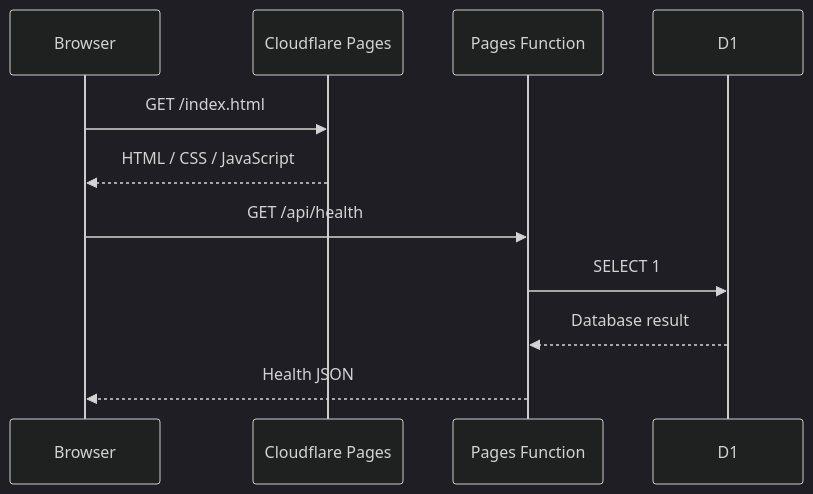
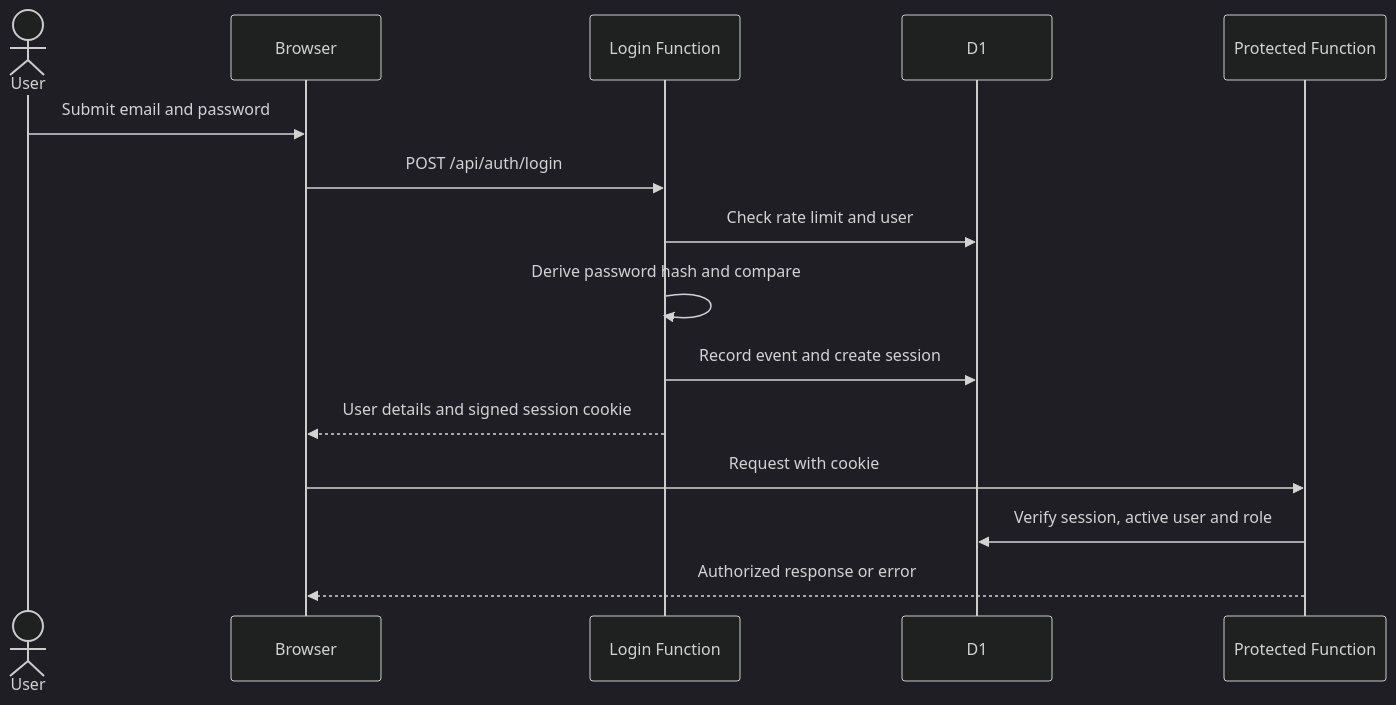
Before and after one commit to DevJel/jelhr-system: the second of 4 diagrams in docs/architecture.md, drawn with Mermaid (dark theme). The commit also changed other lines of this file and 3 other files, not shown here.

Commit message:
Expand stack architecture and security documentation

````diff
--- a/docs/architecture.md
+++ b/docs/architecture.md
@@ -9,13 +53,17 @@
 ```mermaid
 sequenceDiagram
-  participant B as Browser
-  participant P as Cloudflare Pages
-  participant F as Pages Function
-  participant D as D1
-  B->>P: GET /index.html
-  P-->>B: HTML / CSS / JavaScript
-  B->>F: GET /api/health
-  F->>D: SELECT 1
-  D-->>F: Database result
-  F-->>B: Health JSON
+  actor User
+  participant Browser
+  participant Login as Login Function
+  participant DB as D1
+  participant API as Protected Function
+  User->>Browser: Submit email and password
+  Browser->>Login: POST /api/auth/login
+  Login->>DB: Check rate limit and user
+  Login->>Login: Derive password hash and compare
+  Login->>DB: Record event and create session
+  Login-->>Browser: User details and signed session cookie
+  Browser->>API: Request with cookie
+  API->>DB: Verify session, active user and role
+  API-->>Browser: Authorized response or error
 ```
````
